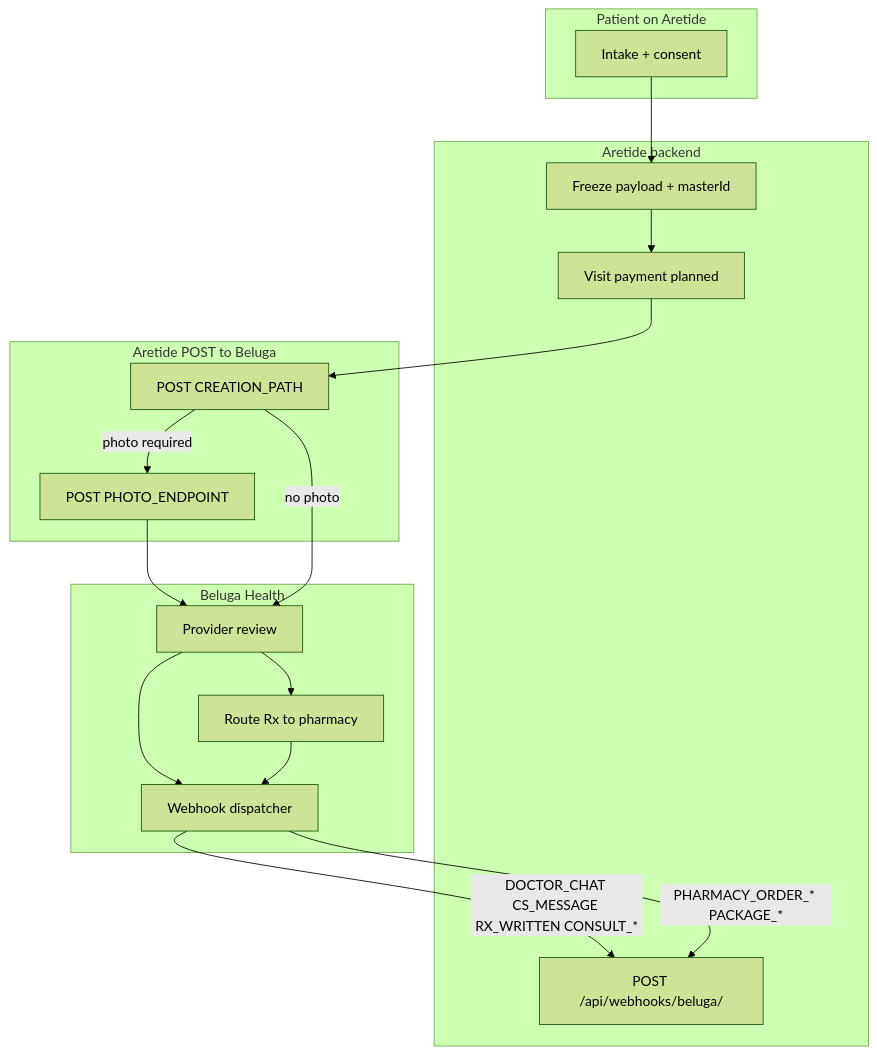
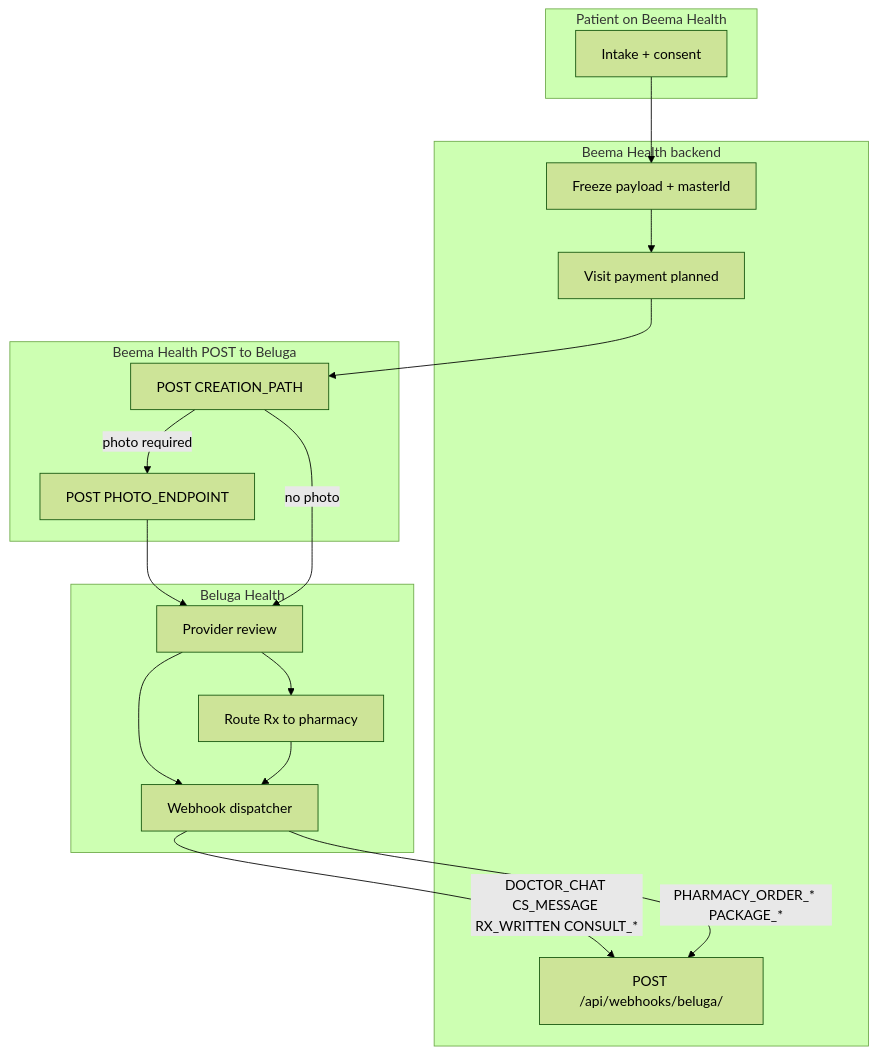
One commit to BeemaHealth/BeemaHealth changed the diagram in docs/features/diagrams/new-patient-flow.mmd. Above: the diagram before and after it, drawn with Mermaid (forest theme). The commit also changed 78 other files, not shown here.

```diff
--- a/docs/features/diagrams/new-patient-flow.mmd
+++ b/docs/features/diagrams/new-patient-flow.mmd
@@ -1,30 +1,30 @@
 flowchart TB
-  subgraph patient [Patient on Aretide]
+  subgraph patient [Patient on Beema Health]
     P1[Intake + consent]
   end
 
-  subgraph aretide [Aretide backend]
+  subgraph aretide [Beema Health backend]
     A1[Freeze payload + masterId]
     A2[Visit payment planned]
     WebhookRx["POST /api/webhooks/beluga/"]
   end
 
-  subgraph outbound [Aretide POST to Beluga]
+  subgraph outbound [Beema Health POST to Beluga]
     O1[POST CREATION_PATH]
     O2[POST PHOTO_ENDPOINT]
   end
 
   subgraph beluga [Beluga Health]
     B1[Provider review]
     B2[Route Rx to pharmacy]
     WH[Webhook dispatcher]
   end
 
   P1 --> A1 --> A2 --> O1
   O1 -->|photo required| O2 --> B1
   O1 -->|no photo| B1
   B1 --> WH
   WH -->|DOCTOR_CHAT CS_MESSAGE RX_WRITTEN CONSULT_*| WebhookRx
   B1 --> B2
   B2 --> WH
   WH -->|PHARMACY_ORDER_* PACKAGE_*| WebhookRx
```
